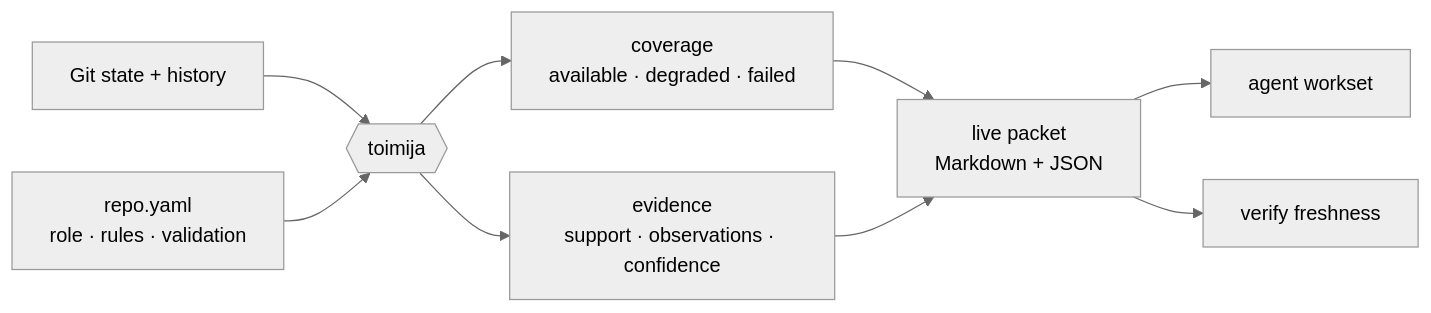
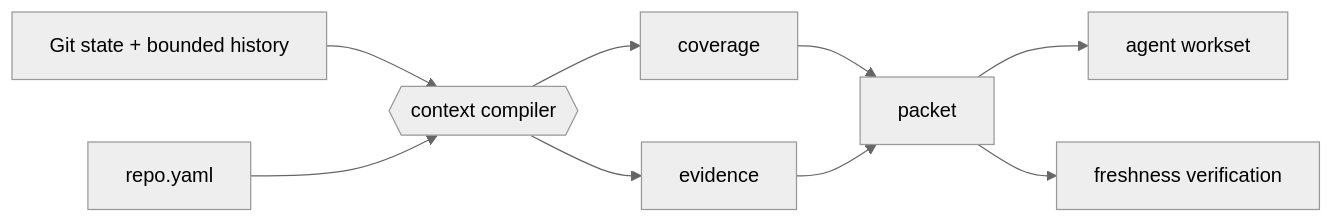
Before and after one commit to false-systems/toimija: the second of 2 diagrams in README.md, drawn with Mermaid (neutral theme). The commit also changed other lines of this file, not shown here.

````diff
--- a/README.md
+++ b/README.md
@@ -121,11 +371,11 @@
 ```mermaid
 flowchart LR
-    G["Git state + history"] --> C{{"toimija"}}
-    R["repo.yaml<br/>role · rules · validation"] --> C
-    C --> V["coverage<br/>available · degraded · failed"]
-    C --> E["evidence<br/>support · observations · confidence"]
-    V --> P["live packet<br/>Markdown + JSON"]
+    S["Git state + bounded history"] --> C{{"context compiler"}}
+    Y["repo.yaml"] --> C
+    C --> V["coverage"]
+    C --> E["evidence"]
+    V --> P["packet"]
     E --> P
     P --> A["agent workset"]
-    P --> F["verify freshness"]
+    P --> F["freshness verification"]
 ```
````
